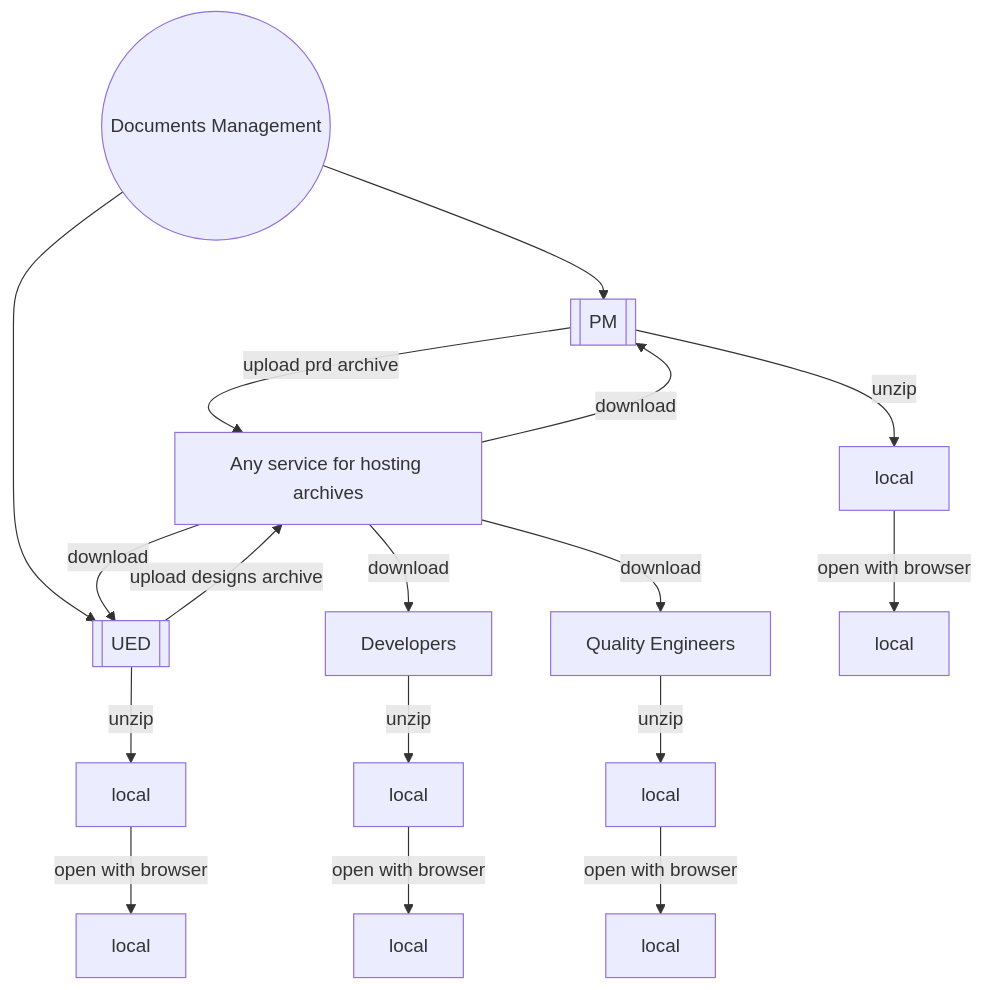
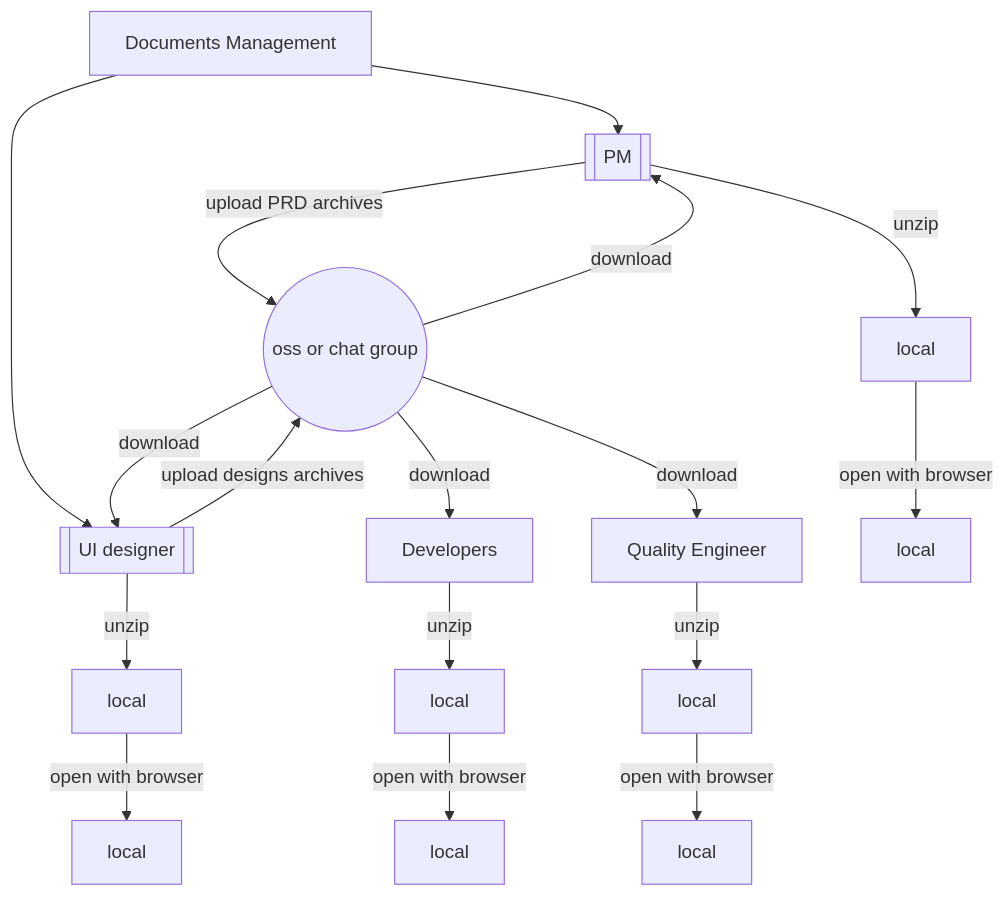
The first of 2 diagrams in slides.md (zhouLion/zhouLion), drawn with Mermaid before and after one commit. The commit also changed other lines of this file and 5 other files, not shown here.

````diff
--- a/slides.md
+++ b/slides.md
@@ -177,17 +262,17 @@
-```mermaid
-graph TD
-$((Documents Management))
+```mermaid 
+graph TB
+$[Documents Management]
 P[[PM]]
-U[[UED]]
-D[Quality Engineers]
+U[[UI designer]]
+D[Quality Engineer]
 E[Developers]
-B[Any service for hosting archives]
+B((oss or chat group))
 
-$ --> P  -->|upload prd archive| B
-$ --> U  -->|upload designs archive| B
+$ --> P -->|upload PRD archives| B
+$ --> U -->|upload designs archives| B
 
-B -->|download| D -->|unzip|D1[local] -->|open with browser|D2[local]
-B -->|download| E -->|unzip|E1[local] -->|open with browser|E2[local]
-B -->|download| U -->|unzip|U1[local] -->|open with browser|U2[local]
-B -->|download| P -->|unzip|P1[local] -->|open with browser|P2[local]
+B -->|download|D -->|unzip|D1[local] -->|open with browser|D2[local]
+B -->|download|E -->|unzip|E1[local] -->|open with browser|E2[local]
+B -->|download|U -->|unzip|U1[local] -->|open with browser|U2[local]
+B -->|download|P -->|unzip|P1[local] -->|open with browser|P2[local]
 ```
````
